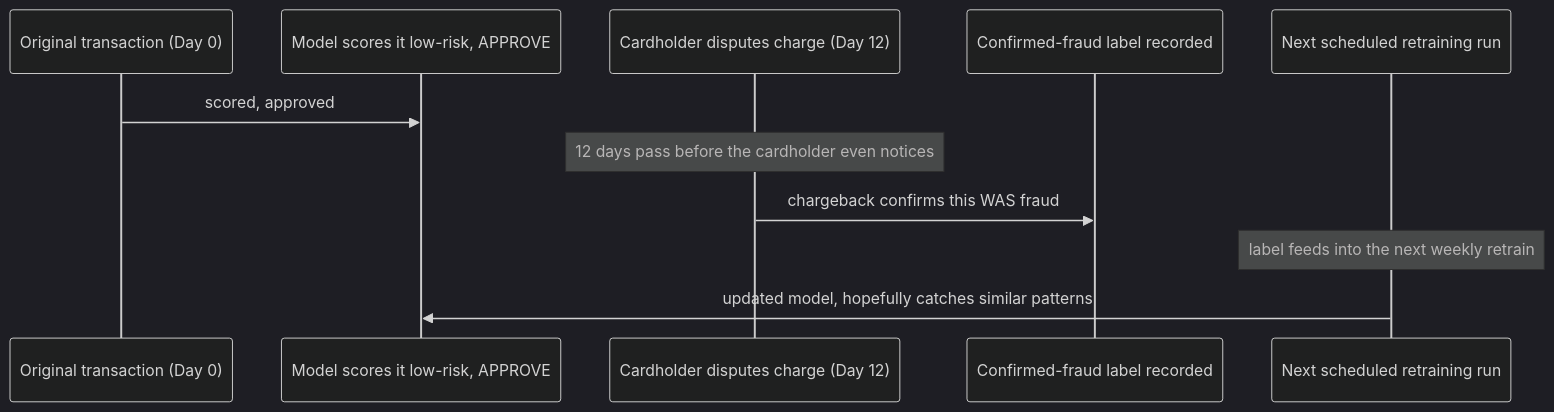
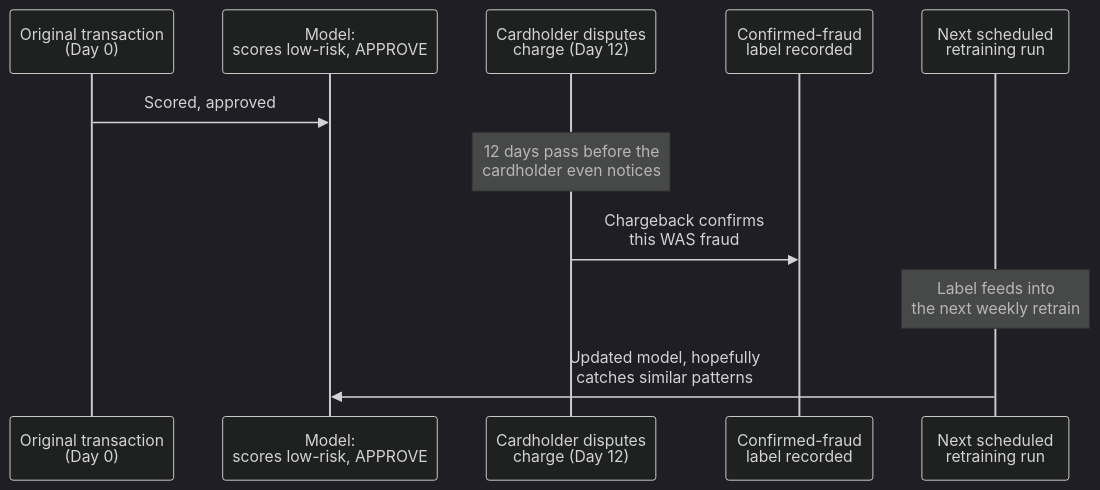
Before and after one commit to riyaz-pasha/Learnings: diagram 11 of 14 in system-design/HLD/0-course/56-Design-a-Fraud-Detection-System-FAANG-Guide-story.md, drawn with Mermaid (dark theme). The commit also changed other lines of this file and 1 other file, not shown here.

Commit message:
[REWRITE] Fraud Detection System story guide: simplify prose, add structure, fix diagrams

````diff
--- a/system-design/HLD/0-course/56-Design-a-Fraud-Detection-System-FAANG-Guide-story.md
+++ b/system-design/HLD/0-course/56-Design-a-Fraud-Detection-System-FAANG-Guide-story.md
@@ -228,14 +516,14 @@
 ```mermaid
 sequenceDiagram
-    participant Txn as Original transaction (Day 0)
-    participant Model as Model scores it low-risk, APPROVE
-    participant Card as Cardholder disputes charge (Day 12)
-    participant Label as Confirmed-fraud label recorded
-    participant Train as Next scheduled retraining run
+    participant Txn as Original transaction<br/>(Day 0)
+    participant Model as Model:<br/>scores low-risk, APPROVE
+    participant Card as Cardholder disputes<br/>charge (Day 12)
+    participant Label as Confirmed-fraud<br/>label recorded
+    participant Train as Next scheduled<br/>retraining run
 
-    Txn->>Model: scored, approved
-    Note over Card: 12 days pass before the cardholder even notices
-    Card->>Label: chargeback confirms this WAS fraud
-    Note over Train: label feeds into the next weekly retrain
-    Train->>Model: updated model, hopefully catches similar patterns
+    Txn->>Model: Scored, approved
+    Note over Card: 12 days pass before the<br/>cardholder even notices
+    Card->>Label: Chargeback confirms<br/>this WAS fraud
+    Note over Train: Label feeds into<br/>the next weekly retrain
+    Train->>Model: Updated model, hopefully<br/>catches similar patterns
 ```
````
